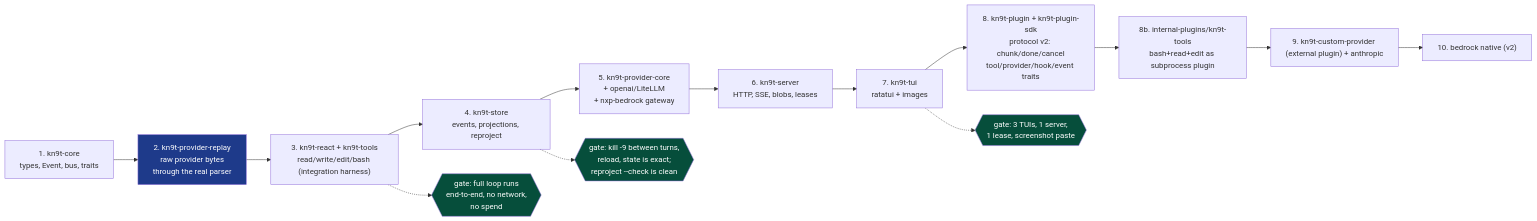
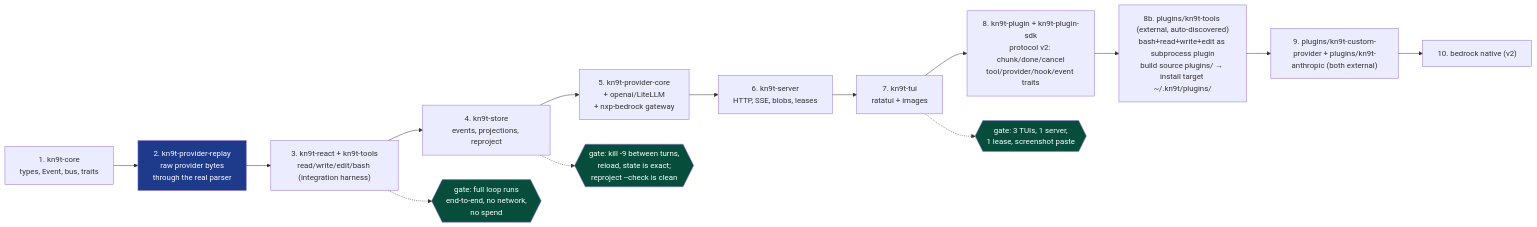
One commit to 96Ems/kn9t changed diagram 13 of 13 in DESIGN.md. Above: the diagram before and after it, drawn with Mermaid. The commit also changed other lines of this file and 18 other files, not shown here.

````diff
--- a/DESIGN.md
+++ b/DESIGN.md
@@ -2166,29 +2166,29 @@
 ```mermaid
 flowchart LR
     S1["1. kn9t-core<br/>types, Event, bus, traits"]
     S2["2. kn9t-provider-replay<br/>raw provider bytes<br/>through the real parser"]
     S3["3. kn9t-react + kn9t-tools<br/>read/write/edit/bash (integration harness)"]
     S4["4. kn9t-store<br/>events, projections, reproject"]
     S5["5. kn9t-provider-core<br/>+ openai/LiteLLM<br/>+ nxp-bedrock gateway"]
     S6["6. kn9t-server<br/>HTTP, SSE, blobs, leases"]
     S7["7. kn9t-tui<br/>ratatui + images"]
     S8["8. kn9t-plugin + kn9t-plugin-sdk<br/>protocol v2: chunk/done/cancel<br/>tool/provider/hook/event traits"]
-    S8b["8b. internal-plugins/kn9t-tools<br/>bash+read+edit as subprocess plugin"]
-    S9["9. kn9t-custom-provider (external plugin) + anthropic"]
+    S8b["8b. plugins/kn9t-tools (external, auto-discovered)<br/>bash+read+write+edit as subprocess plugin<br/>build source plugins/ → install target ~/.kn9t/plugins/"]
+    S9["9. plugins/kn9t-custom-provider + plugins/kn9t-anthropic (both external)"]
     S10["10. bedrock native (v2)"]
 
     S1 --> S2 --> S3 --> S4 --> S5 --> S6 --> S7 --> S8 --> S8b --> S9 --> S10
 
     G1{{"gate: full loop runs<br/>end-to-end, no network,<br/>no spend"}}
     G2{{"gate: kill -9 between turns,<br/>reload, state is exact;<br/>reproject --check is clean"}}
     G3{{"gate: 3 TUIs, 1 server,<br/>1 lease, screenshot paste"}}
 
     S3 -.-> G1
     S4 -.-> G2
     S7 -.-> G3
 
     style S2 fill:#1e3a8a,color:#fff
     style G1 fill:#064e3b,color:#fff
     style G2 fill:#064e3b,color:#fff
     style G3 fill:#064e3b,color:#fff
 ```
````
